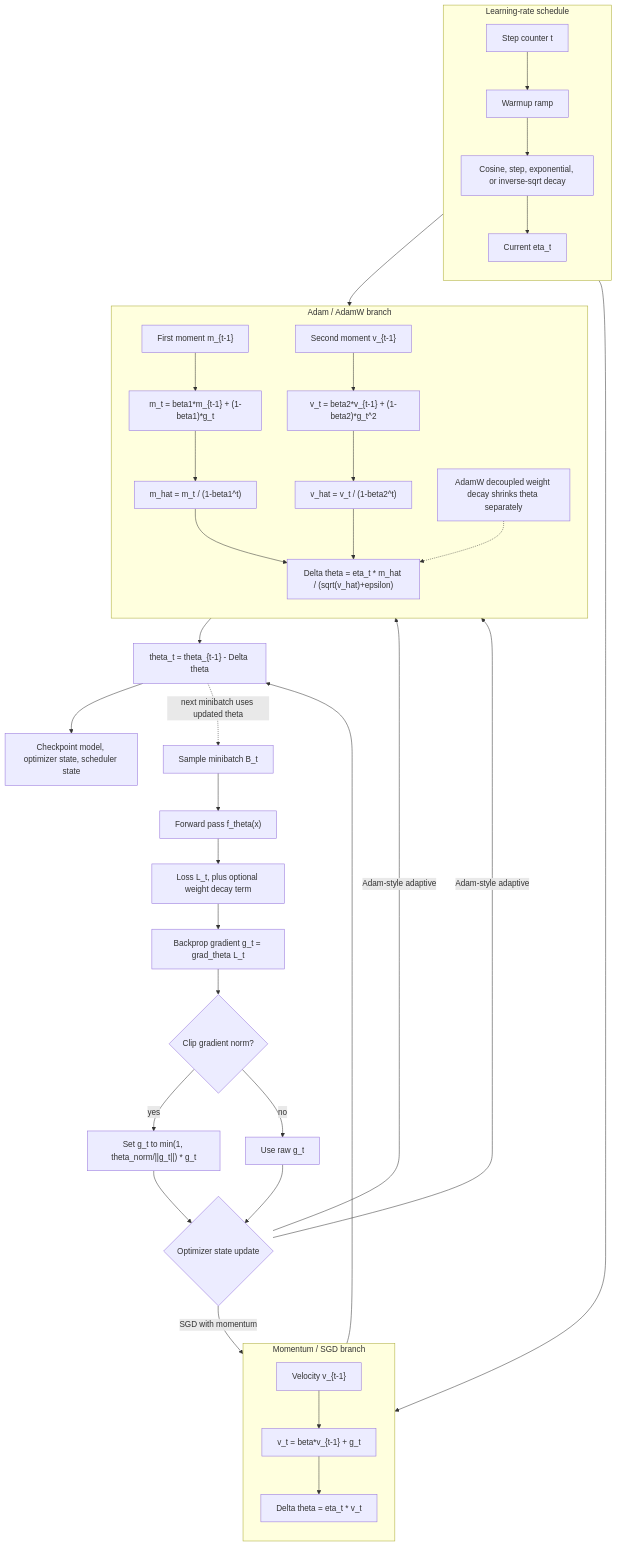
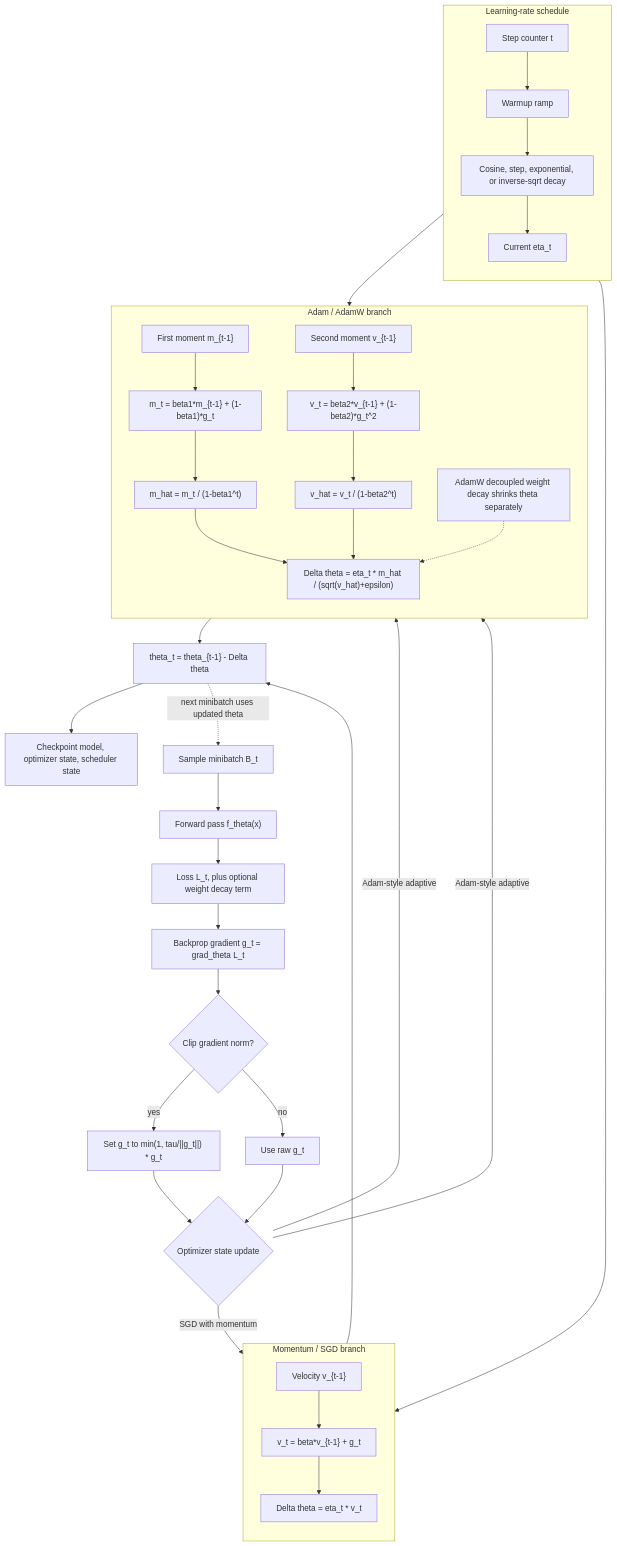
One commit to justinbrianhwang/SJ-wiki changed the diagram in docs/cs/deep-learning/optimization-algorithms.md. Above: the diagram before and after it, drawn with Mermaid. The commit also changed other lines of this file and 166 other files, not shown here.

````diff
--- a/docs/cs/deep-learning/optimization-algorithms.md
+++ b/docs/cs/deep-learning/optimization-algorithms.md
@@ -102,45 +146,45 @@
 ```mermaid
 flowchart TB
   Batch["Sample minibatch B_t"] --> Forward["Forward pass f_theta(x)"]
   Forward --> Loss["Loss L_t, plus optional weight decay term"]
   Loss --> Grad["Backprop gradient g_t = grad_theta L_t"]
   Grad --> Clip{"Clip gradient norm?"}
-  Clip -->|"yes"| Gclip["Set g_t to min(1, theta_norm/||g_t||) * g_t"]
+  Clip -->|"yes"| Gclip["Set g_t to min(1, tau/||g_t||) * g_t"]
   Clip -->|"no"| Graw["Use raw g_t"]
   Gclip --> Route{"Optimizer state update"}
   Graw --> Route
 
   subgraph Momentum["Momentum / SGD branch"]
     direction TB
     Vprev["Velocity v_{t-1}"] --> Vnew["v_t = beta*v_{t-1} + g_t"]
     Vnew --> StepM["Delta theta = eta_t * v_t"]
   end
 
   subgraph Adam["Adam / AdamW branch"]
     direction TB
     Mprev["First moment m_{t-1}"] --> Mnew["m_t = beta1*m_{t-1} + (1-beta1)*g_t"]
     Sprev["Second moment v_{t-1}"] --> Snew["v_t = beta2*v_{t-1} + (1-beta2)*g_t^2"]
     Mnew --> Mhat["m_hat = m_t / (1-beta1^t)"]
     Snew --> Vhat["v_hat = v_t / (1-beta2^t)"]
     Mhat --> StepA["Delta theta = eta_t * m_hat / (sqrt(v_hat)+epsilon)"]
     Vhat --> StepA
     Decay["AdamW decoupled weight decay shrinks theta separately"] -.-> StepA
   end
 
   subgraph Schedule["Learning-rate schedule"]
     direction TB
     Tstep["Step counter t"] --> Warm["Warmup ramp"]
     Warm --> DecaySched["Cosine, step, exponential, or inverse-sqrt decay"]
     DecaySched --> Eta["Current eta_t"]
   end
 
   Route -->|"SGD with momentum"| Vnew
   Route -->|"Adam-style adaptive"| Mnew
   Route -->|"Adam-style adaptive"| Snew
   Eta --> StepM
   Eta --> StepA
   StepM --> Update["theta_t = theta_{t-1} - Delta theta"]
   StepA --> Update
   Update --> Checkpoint["Checkpoint model, optimizer state, scheduler state"]
   Update -. "next minibatch uses updated theta" .-> Batch
 ```
````
